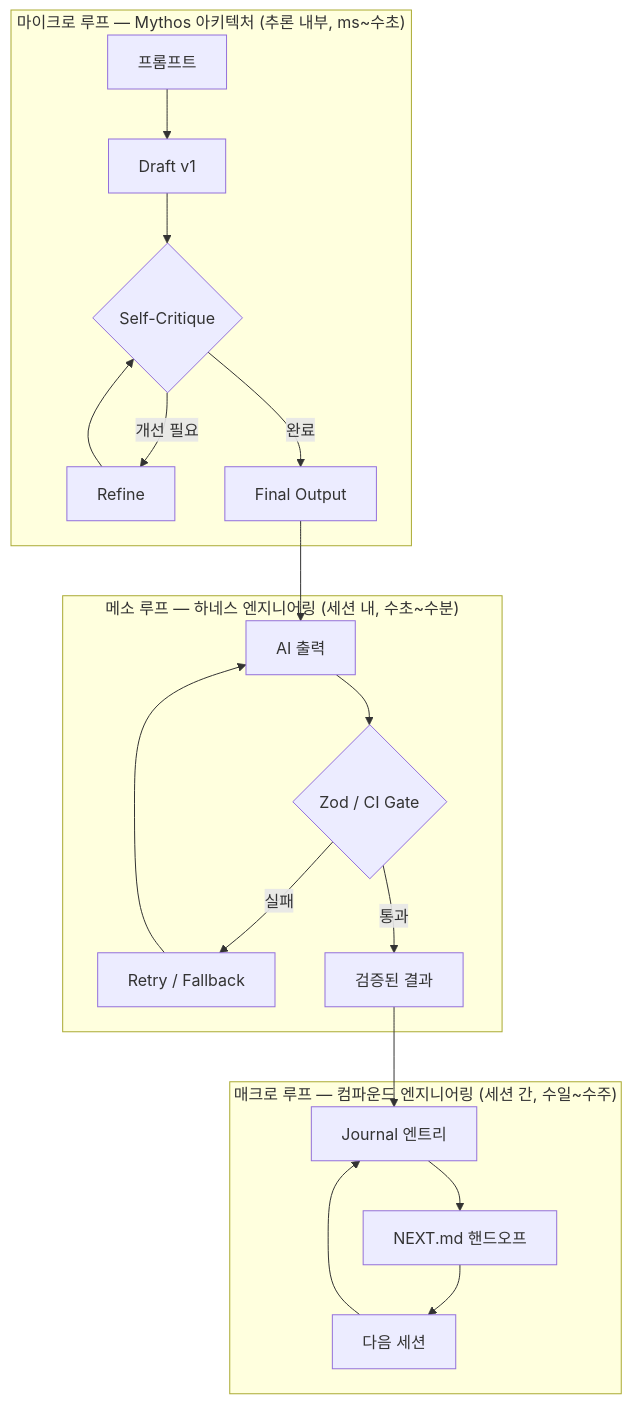
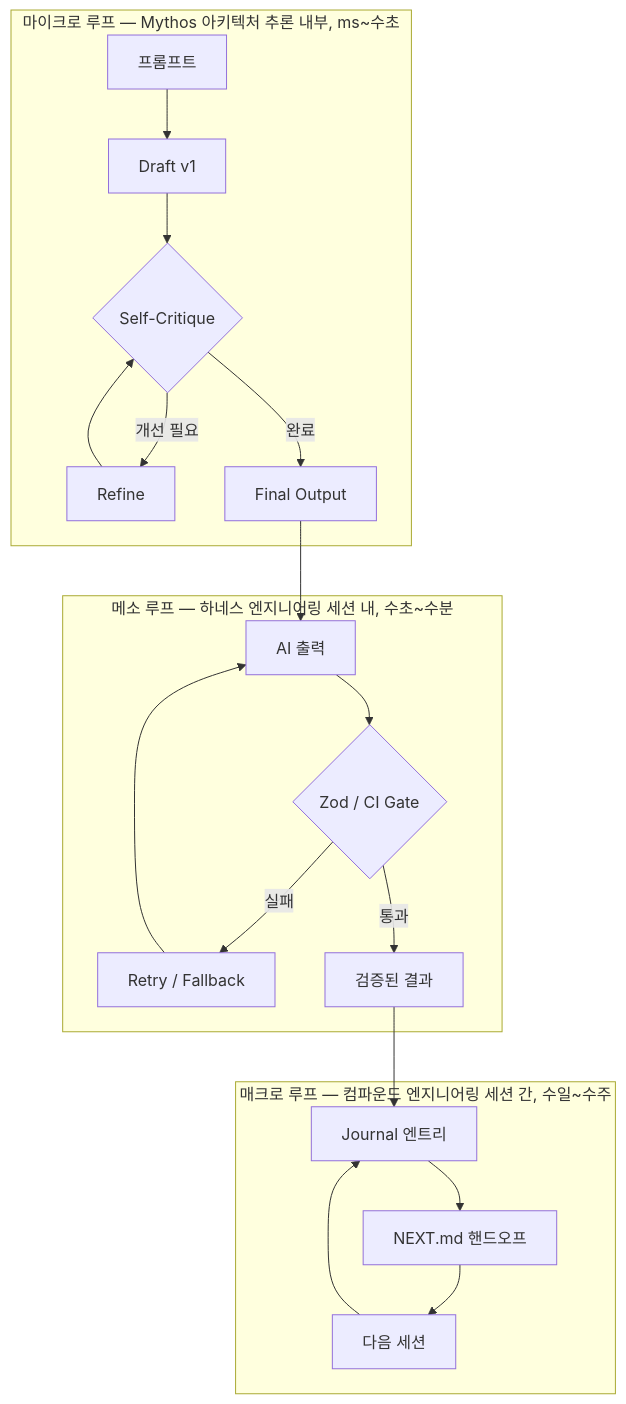
One commit to Mino777/ai-study changed the first of 2 diagrams in content/harness-engineering/openmythos-architecture-iterative-agent-performance.mdx. Above: the diagram before and after it, drawn with Mermaid. The commit also changed 30 other files, not shown here.

First line of the commit message:
fix: Mermaid 렌더링 에러 42건 수정 + mermaid-fix.mjs 규칙 4개 추가

````diff
--- a/content/harness-engineering/openmythos-architecture-iterative-agent-performance.mdx
+++ b/content/harness-engineering/openmythos-architecture-iterative-agent-performance.mdx
@@ -54,26 +54,26 @@
 ```mermaid
 graph TD
-    subgraph macro ["매크로 루프 — 컴파운드 엔지니어링 (세션 간, 수일~수주)"]
+    subgraph macro["매크로 루프 — 컴파운드 엔지니어링 세션 간, 수일~수주"]
         J[Journal 엔트리] --> N[NEXT.md 핸드오프]
         N --> S2[다음 세션]
         S2 --> J
     end
 
-    subgraph meso ["메소 루프 — 하네스 엔지니어링 (세션 내, 수초~수분)"]
+    subgraph meso["메소 루프 — 하네스 엔지니어링 세션 내, 수초~수분"]
         AI[AI 출력] --> V{Zod / CI Gate}
         V -- 실패 --> RT[Retry / Fallback]
         RT --> AI
         V -- 통과 --> OUT[검증된 결과]
     end
 
-    subgraph micro ["마이크로 루프 — Mythos 아키텍처 (추론 내부, ms~수초)"]
+    subgraph micro["마이크로 루프 — Mythos 아키텍처 추론 내부, ms~수초"]
         P[프롬프트] --> D[Draft v1]
         D --> C{Self-Critique}
         C -- 개선 필요 --> R[Refine]
         R --> C
         C -- 완료 --> F[Final Output]
     end
 
     F --> AI
     OUT --> J
 ```
````
